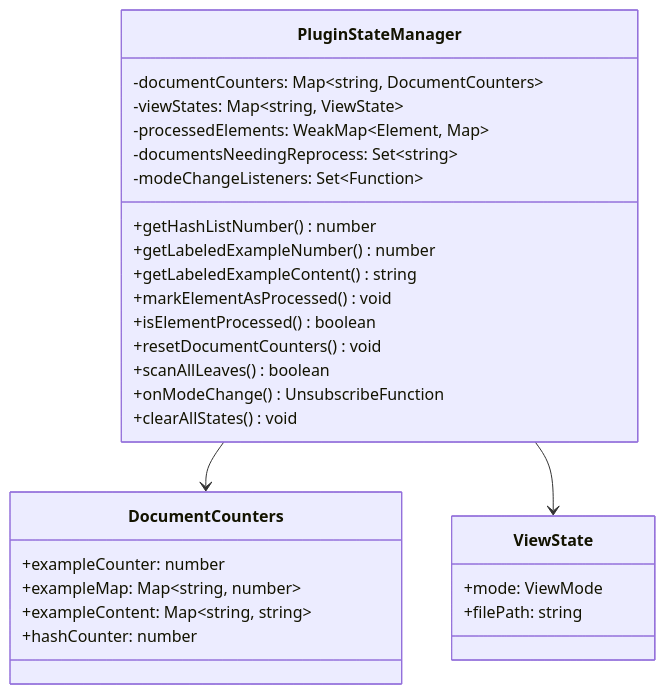
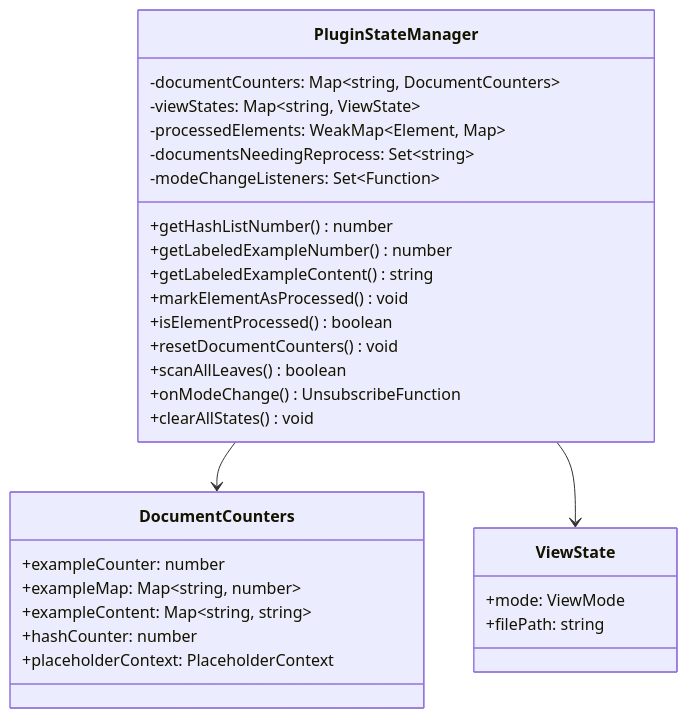
Before and after one commit to ErrorTzy/obsidian-pandoc-extended-markdown: the fifth of 6 diagrams in ARCHITECTURE.md, drawn with Mermaid. The commit also changed other lines of this file and 16 other files, not shown here.

````diff
--- a/ARCHITECTURE.md
+++ b/ARCHITECTURE.md
@@ -353,35 +361,36 @@
 ```mermaid
 classDiagram
     class PluginStateManager {
         -documentCounters: Map~string, DocumentCounters~
         -viewStates: Map~string, ViewState~
         -processedElements: WeakMap~Element, Map~
         -documentsNeedingReprocess: Set~string~
         -modeChangeListeners: Set~Function~
         
         +getHashListNumber() number
         +getLabeledExampleNumber() number
         +getLabeledExampleContent() string
         +markElementAsProcessed() void
         +isElementProcessed() boolean
         +resetDocumentCounters() void
         +scanAllLeaves() boolean
         +onModeChange() UnsubscribeFunction
         +clearAllStates() void
     }
     
     class DocumentCounters {
         +exampleCounter: number
         +exampleMap: Map~string, number~
         +exampleContent: Map~string, string~
         +hashCounter: number
+        +placeholderContext: PlaceholderContext
     }
     
     class ViewState {
         +mode: ViewMode
         +filePath: string
     }
     
     PluginStateManager --> DocumentCounters
     PluginStateManager --> ViewState
 ```
````
